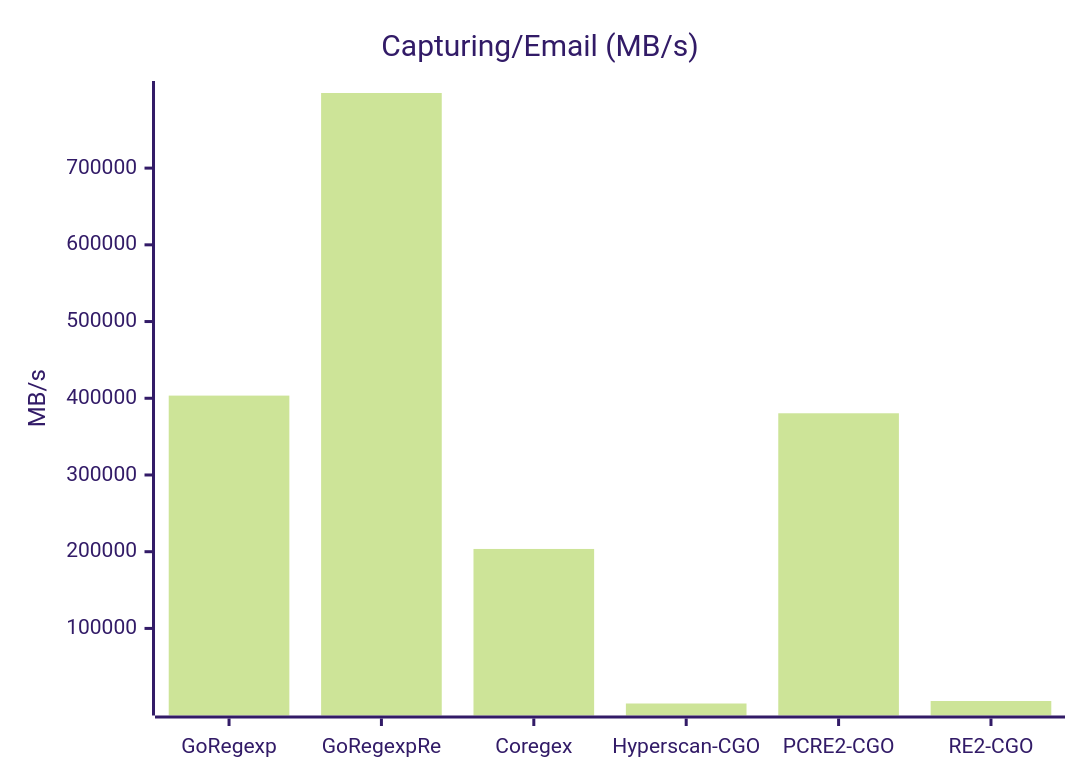
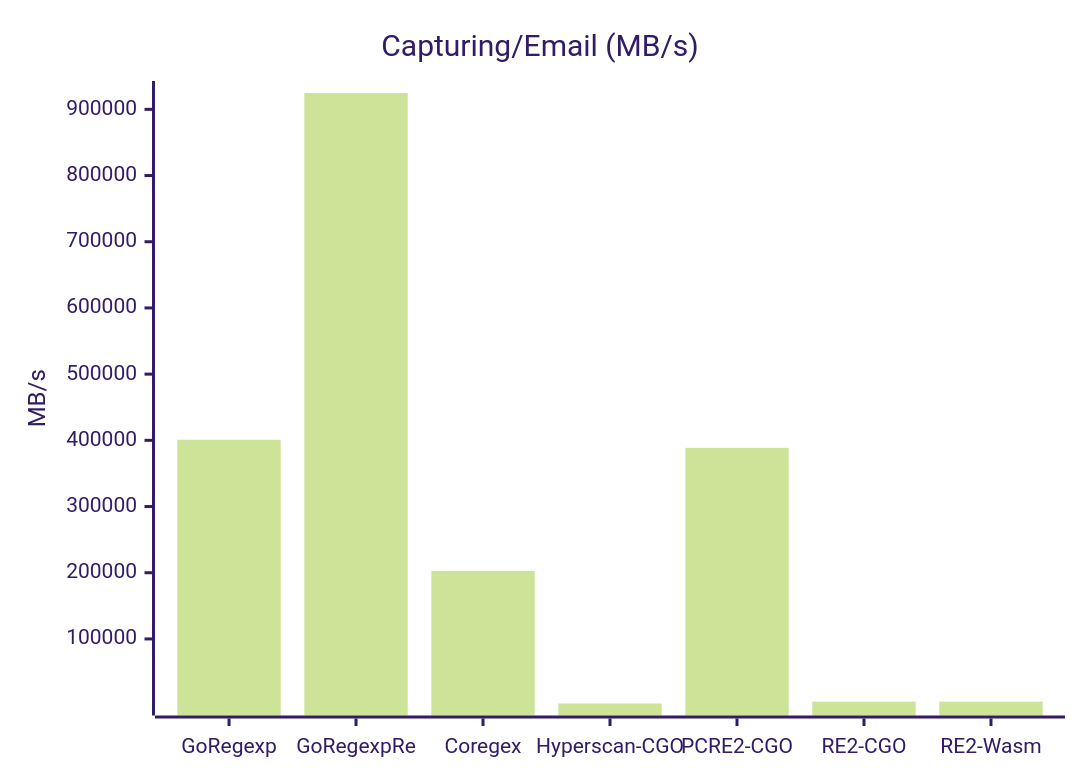
One commit to kamichidu/go-regexp-re changed the sixth of 47 diagrams in _benchmark_results/cgo_engines.md. Above: the diagram before and after it, drawn with Mermaid (forest theme). The commit also changed other lines of this file and 1 other file, not shown here.

````diff
--- a/_benchmark_results/cgo_engines.md
+++ b/_benchmark_results/cgo_engines.md
@@ -151,7 +151,7 @@
 ```mermaid
 xychart-beta
     title "Capturing/Email (MB/s)"
-    x-axis ["GoRegexp", "GoRegexpRe", "Coregex", "Hyperscan-CGO", "PCRE2-CGO", "RE2-CGO"]
+    x-axis ["GoRegexp", "GoRegexpRe", "Coregex", "Hyperscan-CGO", "PCRE2-CGO", "RE2-CGO", "RE2-Wasm"]
     y-axis "MB/s"
-    bar [403474.44, 797909.20, 203578.36, 2133.28, 380432.44, 5385.81]
+    bar [400898.97, 924678.51, 202868.80, 2475.48, 388641.18, 5243.60, 5249.31]
 ```
````
